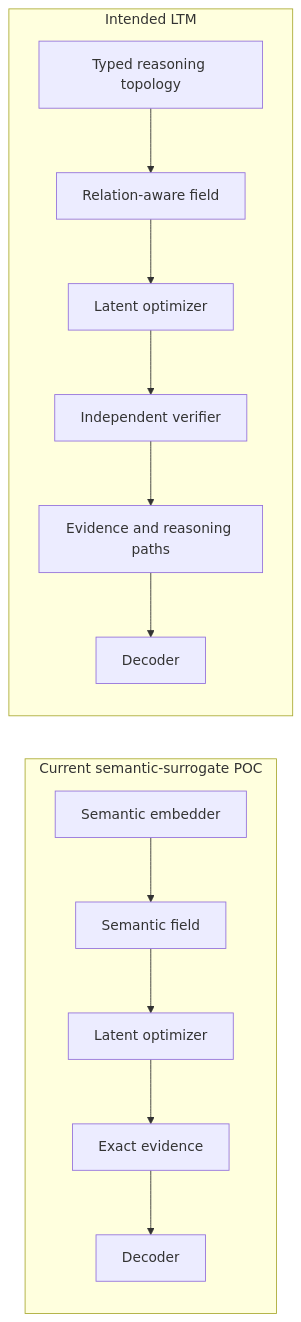
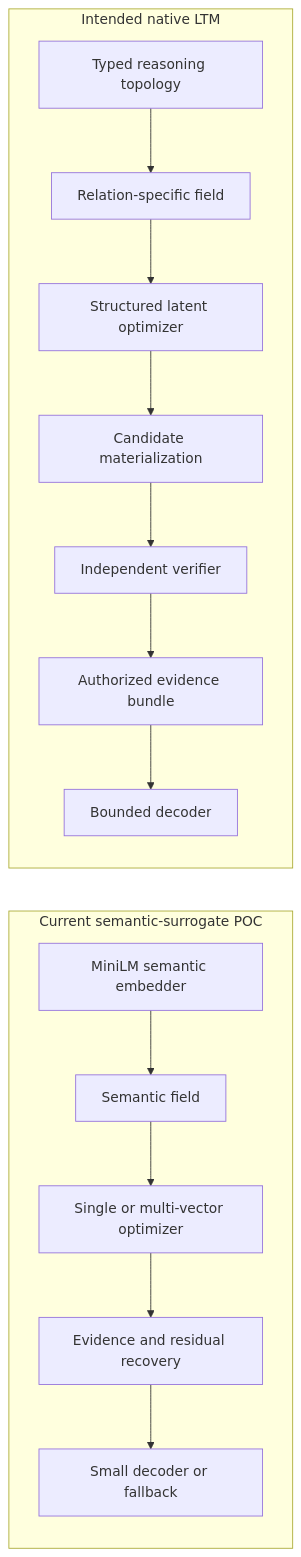
Before and after one commit to rishi-ie/LTM: the seventh of 8 diagrams in docs/architecture.md, drawn with Mermaid. The commit also changed other lines of this file, not shown here.

````diff
--- a/docs/architecture.md
+++ b/docs/architecture.md
@@ -325,17 +2020,18 @@
 ```mermaid
 flowchart LR
     subgraph POC["Current semantic-surrogate POC"]
-        A1["Semantic embedder"] --> A2["Semantic field"]
-        A2 --> A3["Latent optimizer"]
-        A3 --> A4["Exact evidence"]
-        A4 --> A5["Decoder"]
+        A1["MiniLM semantic embedder"] --> A2["Semantic field"]
+        A2 --> A3["Single or multi-vector optimizer"]
+        A3 --> A4["Evidence and residual recovery"]
+        A4 --> A5["Small decoder or fallback"]
     end
 
-    subgraph Intended["Intended LTM"]
-        B1["Typed reasoning topology"] --> B2["Relation-aware field"]
-        B2 --> B3["Latent optimizer"]
-        B3 --> B4["Independent verifier"]
-        B4 --> B5["Evidence and reasoning paths"]
-        B5 --> B6["Decoder"]
+    subgraph Native["Intended native LTM"]
+        B1["Typed reasoning topology"] --> B2["Relation-specific field"]
+        B2 --> B3["Structured latent optimizer"]
+        B3 --> B4["Candidate materialization"]
+        B4 --> B5["Independent verifier"]
+        B5 --> B6["Authorized evidence bundle"]
+        B6 --> B7["Bounded decoder"]
     end
 ```
````
